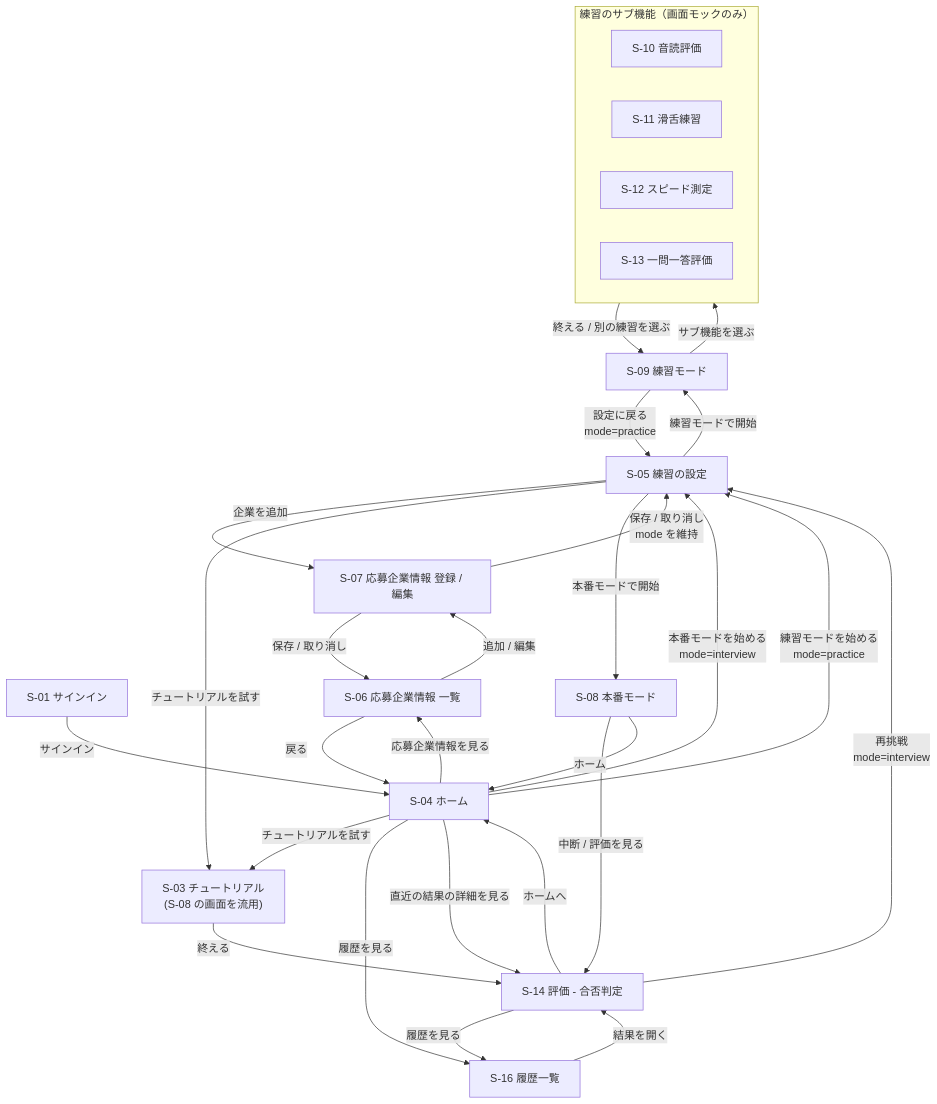
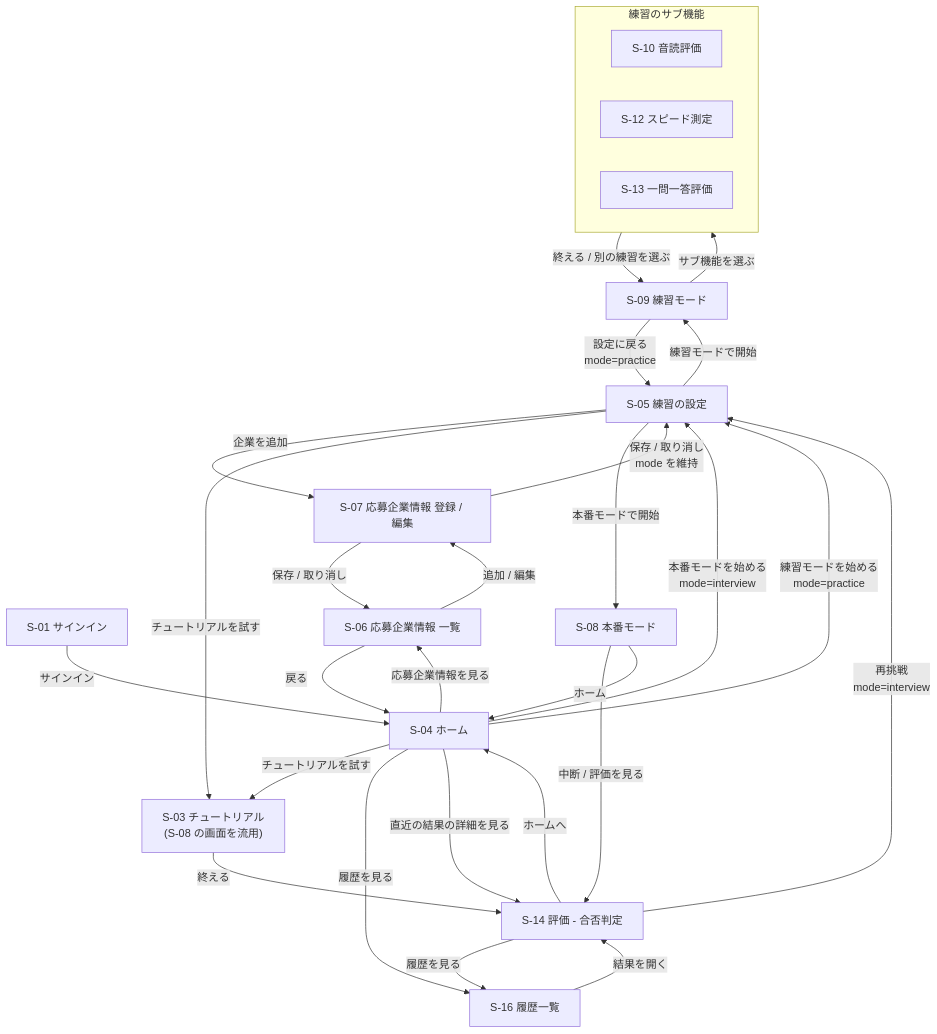
The diagram in documents/frontend/01_design/screen_flow.md (study-basic-hackathon/hanasu), drawn with Mermaid before and after one commit. The commit also changed other lines of this file and 12 other files, not shown here.

````diff
--- a/documents/frontend/01_design/screen_flow.md
+++ b/documents/frontend/01_design/screen_flow.md
@@ -15,52 +15,51 @@
 ```mermaid
 flowchart TD
     S01["S-01 サインイン"]
     S03["S-03 チュートリアル<br/>(S-08 の画面を流用)"]
     S04["S-04 ホーム"]
     S05["S-05 練習の設定"]
     S06["S-06 応募企業情報 一覧"]
     S07["S-07 応募企業情報 登録 / 編集"]
     S08["S-08 本番モード"]
     S09["S-09 練習モード"]
     S14["S-14 評価 - 合否判定"]
     S16["S-16 履歴一覧"]
 
-    subgraph practice["練習のサブ機能（画面モックのみ）"]
+    subgraph practice["練習のサブ機能"]
         S10["S-10 音読評価"]
-        S11["S-11 滑舌練習"]
         S12["S-12 スピード測定"]
         S13["S-13 一問一答評価"]
     end
 
     S01 -->|サインイン| S04
 
     S04 -->|本番モードを始める<br/>mode=interview| S05
     S04 -->|練習モードを始める<br/>mode=practice| S05
     S04 -->|チュートリアルを試す| S03
     S04 -->|応募企業情報を見る| S06
     S04 -->|履歴を見る| S16
     S04 -->|直近の結果の詳細を見る| S14
 
     S03 -->|終える| S14
 
     S05 -->|企業を追加| S07
     S05 -->|チュートリアルを試す| S03
     S05 -->|本番モードで開始| S08
     S05 -->|練習モードで開始| S09
 
     S06 -->|追加 / 編集| S07
     S06 -->|戻る| S04
     S07 -->|保存 / 取り消し<br/>mode を維持| S05
     S07 -->|保存 / 取り消し| S06
 
     S08 -->|中断 / 評価を見る| S14
     S08 -->|ホーム| S04
     S09 -->|設定に戻る<br/>mode=practice| S05
     S09 -->|サブ機能を選ぶ| practice
     practice -->|終える / 別の練習を選ぶ| S09
 
     S14 -->|再挑戦<br/>mode=interview| S05
     S14 -->|履歴を見る| S16
     S14 -->|ホームへ| S04
     S16 -->|結果を開く| S14
 ```
````
